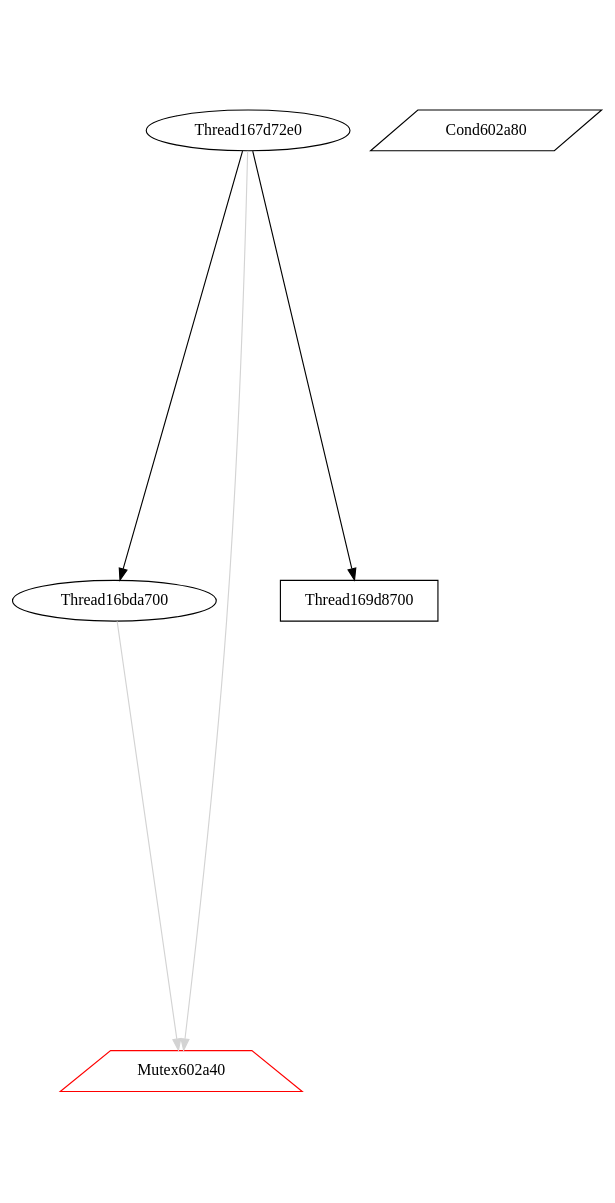
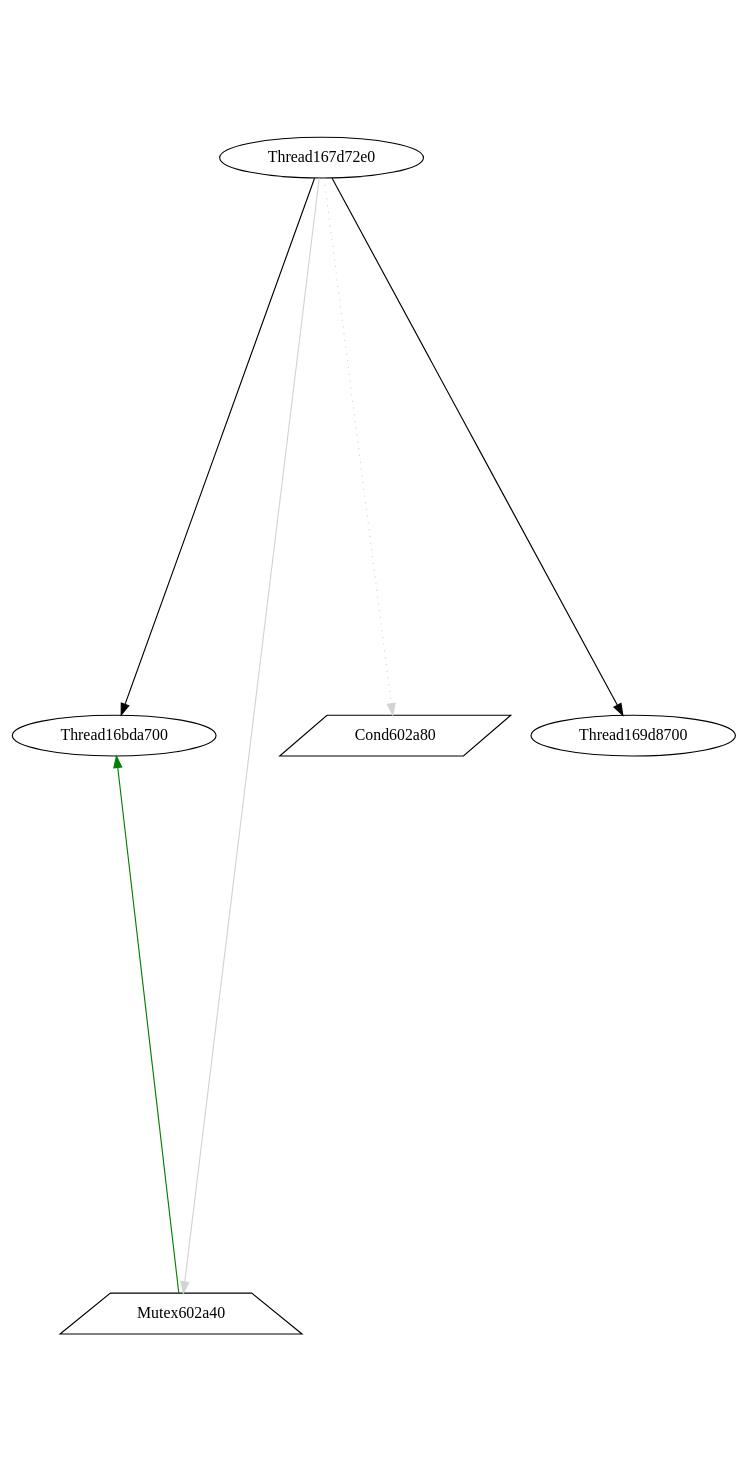
The diagram in view/dot/graph068.dot (v4o6/cs410), drawn with Graphviz before and after one commit. The commit also changed 286 other files, not shown here.

```diff
--- a/view/dot/graph068.dot
+++ b/view/dot/graph068.dot
@@ -1,10 +1,13 @@
 digraph G {
 graph[center=true, ratio=2];
-Thread16bda700 -> Mutex602a40 [arrowhead=normal,color=lightgray];
-Mutex602a40 [shape=trapezium,color=red];
+Thread16bda700 [color=black];
+Thread16bda700 -> Mutex602a40 [arrowhead=normal,color=green,dir=back];
+Mutex602a40 [shape=trapezium,color=black];
 Cond602a80 [shape=parallelogram,color=black];
-Thread169d8700 [shape=box,color=black];
+Thread169d8700 [color=black];
+Thread167d72e0 [color=black];
 Thread167d72e0 -> Thread16bda700 [arrowhead=normal];
 Thread167d72e0 -> Mutex602a40 [arrowhead=normal,color=lightgray];
+Thread167d72e0 -> Cond602a80 [style=dotted,color=lightgray];
 Thread167d72e0 -> Thread169d8700 [arrowhead=normal];
 }
```
